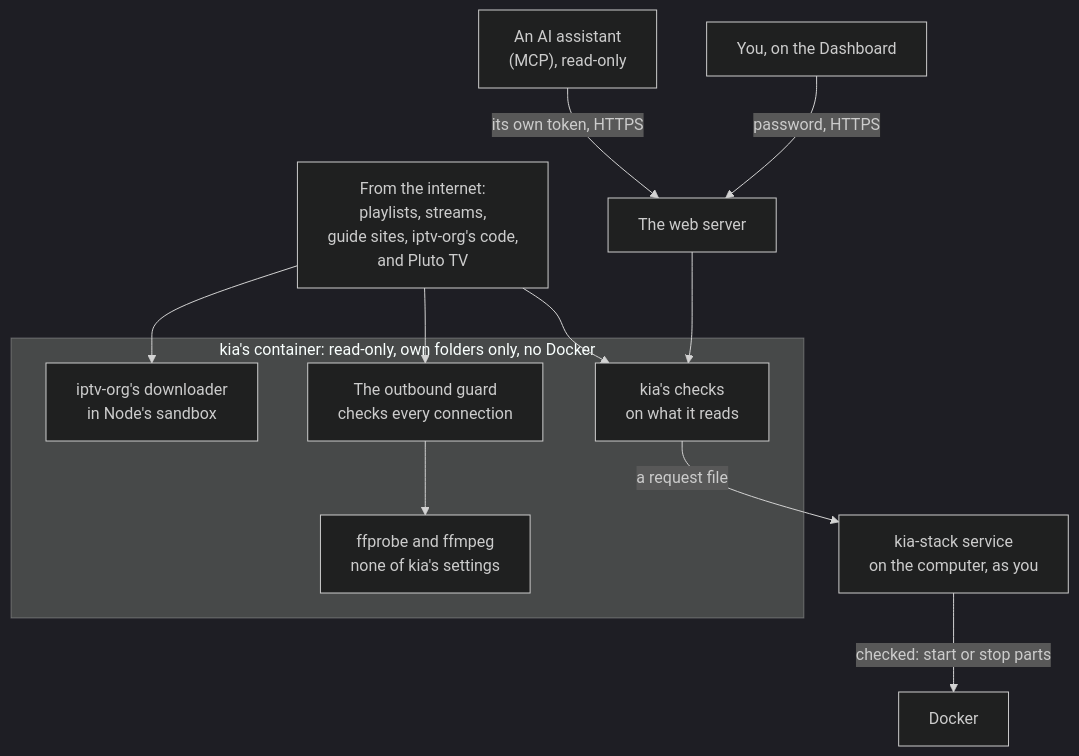
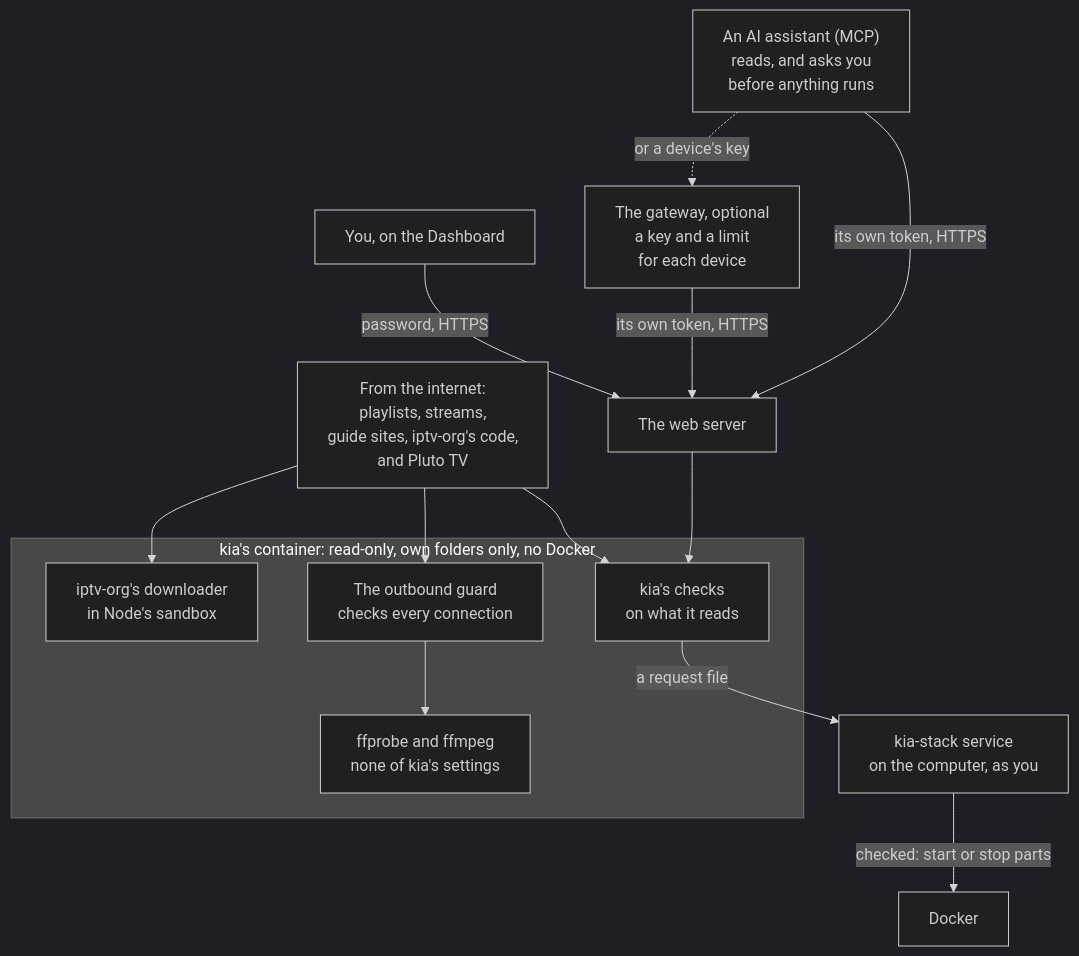
Before and after one commit to southsidedean/kodi-iptv-assistant: the diagram in docs/diagrams/security-layers.mmd, drawn with Mermaid (dark theme). The commit also changed 30 other files, not shown here.

```diff
--- a/docs/diagrams/security-layers.mmd
+++ b/docs/diagrams/security-layers.mmd
@@ -1,17 +1,19 @@
 flowchart TB
   net["From the internet:<br>playlists, streams,<br>guide sites, iptv-org's code,<br>and Pluto TV"]
   subgraph container["kia's container: read-only, own folders only, no Docker"]
     checks["kia's checks<br>on what it reads"]
     media["ffprobe and ffmpeg<br>none of kia's settings"]
     guard["The outbound guard<br>checks every connection"]
     sandbox["iptv-org's downloader<br>in Node's sandbox"]
   end
   net --> checks
   net --> guard
   guard --> media
   net --> sandbox
   you["You, on the Dashboard"] -->|"password, HTTPS"| webserver["The web server"]
-  ai["An AI assistant<br>(MCP), read-only"] -->|"its own token, HTTPS"| webserver
+  ai["An AI assistant (MCP)<br>reads, and asks you<br>before anything runs"] -->|"its own token, HTTPS"| webserver
+  ai -.->|"or a device's key"| gw["The gateway, optional<br>a key and a limit<br>for each device"]
+  gw -->|"its own token, HTTPS"| webserver
   webserver --> checks
   checks -->|"a request file"| svc["kia-stack service<br>on the computer, as you"]
   svc -->|"checked: start or stop parts"| docker["Docker"]
```
